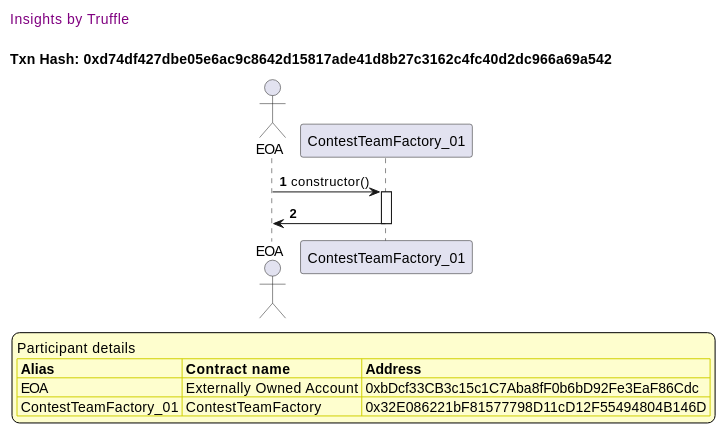
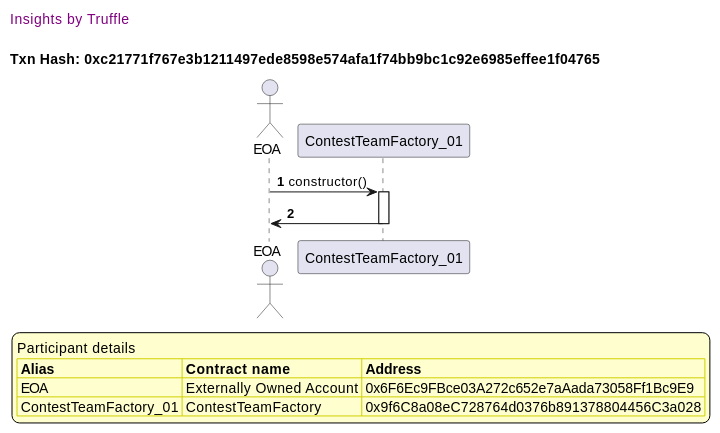
The seventh of 11 diagrams in truffle-seq/factory_contestteamfactory.md (fodisi/hackapay), drawn with PlantUML before and after one commit. The commit also changed other lines of this file and 10 other files, not shown here.

````diff
--- a/truffle-seq/factory_contestteamfactory.md
+++ b/truffle-seq/factory_contestteamfactory.md
@@ -325,37 +325,37 @@
 ```plantuml
 
 
 @startuml
 
 autonumber
 skinparam legendBackgroundColor #FEFECE
 
 <style>
       header {
         HorizontalAlignment left
         FontColor purple
         FontSize 14
         Padding 10
       }
     </style>
 
 header Insights by Truffle
 
-title Txn Hash: 0xd74df427dbe05e6ac9c8642d15817ade41d8b27c3162c4fc40d2dc966a69a542
+title Txn Hash: 0xc21771f767e3b1211497ede8598e574afa1f74bb9bc1c92e6985effee1f04765
 
 
 actor EOA as "EOA"
 participant ContestTeamFactory_01 as "ContestTeamFactory_01"
 
 "EOA" -> "ContestTeamFactory_01" ++: constructor()
 "ContestTeamFactory_01" -> "EOA" --: 
 
 legend
 Participant details
 <#FEFECE,#D0D000>|= Alias |= Contract name |= Address |
-<#FEFECE>| EOA | Externally Owned Account | 0xbDcf33CB3c15c1C7Aba8fF0b6bD92Fe3EaF86Cdc |
-<#FEFECE>| ContestTeamFactory_01 | ContestTeamFactory | 0x32E086221bF81577798D11cD12F55494804B146D |
+<#FEFECE>| EOA | Externally Owned Account | 0x6F6Ec9FBce03A272c652e7aAada73058Ff1Bc9E9 |
+<#FEFECE>| ContestTeamFactory_01 | ContestTeamFactory | 0x9f6C8a08eC728764d0376b891378804456C3a028 |
 endlegend
 
 @enduml
 ```
````
